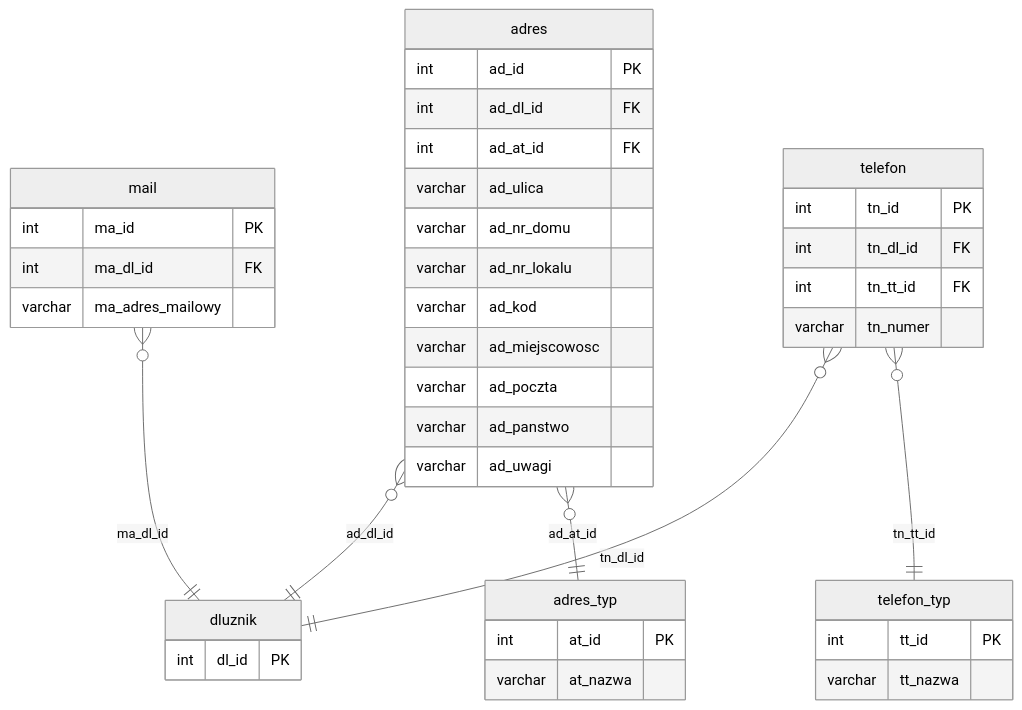
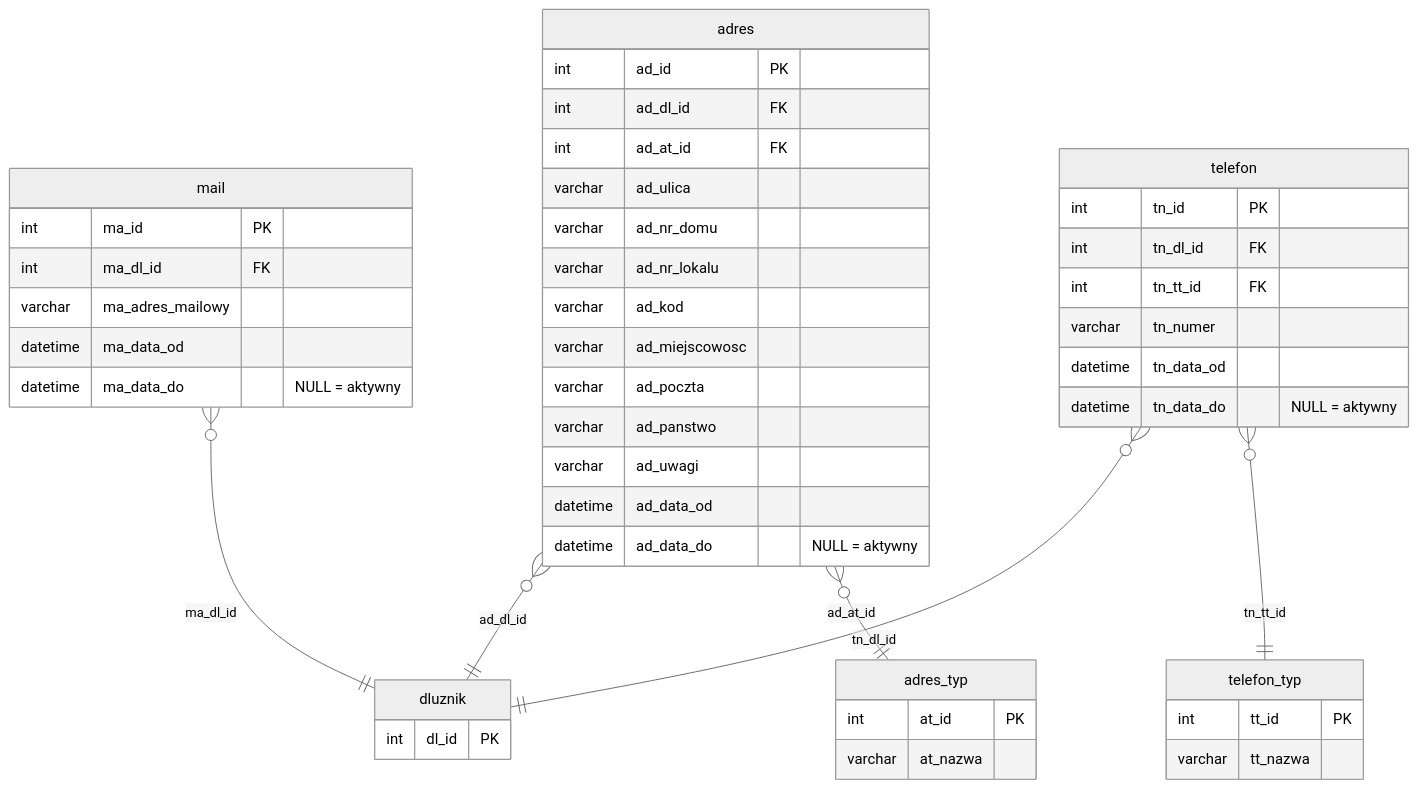
Before and after one commit to oskar-bialek-bakk/intrum-migration-docs: the diagram in docs/struktura-stagingu/kontakty.md, drawn with Mermaid (neutral theme). The commit also changed 6 other files, not shown here.

````diff
--- a/docs/struktura-stagingu/kontakty.md
+++ b/docs/struktura-stagingu/kontakty.md
@@ -25,49 +25,55 @@
 ```mermaid
 erDiagram
     dluznik {
         int     dl_id    PK
     }
 
     adres_typ {
         int     at_id    PK
         varchar at_nazwa
     }
 
     telefon_typ {
         int     tt_id    PK
         varchar tt_nazwa
     }
 
     adres {
-        int     ad_id          PK
-        int     ad_dl_id       FK
-        int     ad_at_id       FK
-        varchar ad_ulica
-        varchar ad_nr_domu
-        varchar ad_nr_lokalu
-        varchar ad_kod
-        varchar ad_miejscowosc
-        varchar ad_poczta
-        varchar ad_panstwo
-        varchar ad_uwagi
+        int      ad_id          PK
+        int      ad_dl_id       FK
+        int      ad_at_id       FK
+        varchar  ad_ulica
+        varchar  ad_nr_domu
+        varchar  ad_nr_lokalu
+        varchar  ad_kod
+        varchar  ad_miejscowosc
+        varchar  ad_poczta
+        varchar  ad_panstwo
+        varchar  ad_uwagi
+        datetime ad_data_od
+        datetime ad_data_do            "NULL = aktywny"
     }
 
     mail {
-        int     ma_id            PK
-        int     ma_dl_id         FK
-        varchar ma_adres_mailowy
+        int      ma_id            PK
+        int      ma_dl_id         FK
+        varchar  ma_adres_mailowy
+        datetime ma_data_od
+        datetime ma_data_do            "NULL = aktywny"
     }
 
     telefon {
-        int     tn_id    PK
-        int     tn_dl_id FK
-        int     tn_tt_id FK
-        varchar tn_numer
+        int      tn_id    PK
+        int      tn_dl_id FK
+        int      tn_tt_id FK
+        varchar  tn_numer
+        datetime tn_data_od
+        datetime tn_data_do            "NULL = aktywny"
     }
 
     adres       }o--||  dluznik     : "ad_dl_id"
     adres       }o--||  adres_typ   : "ad_at_id"
     mail        }o--||  dluznik     : "ma_dl_id"
     telefon     }o--||  dluznik     : "tn_dl_id"
     telefon     }o--||  telefon_typ : "tn_tt_id"
 ```
````
